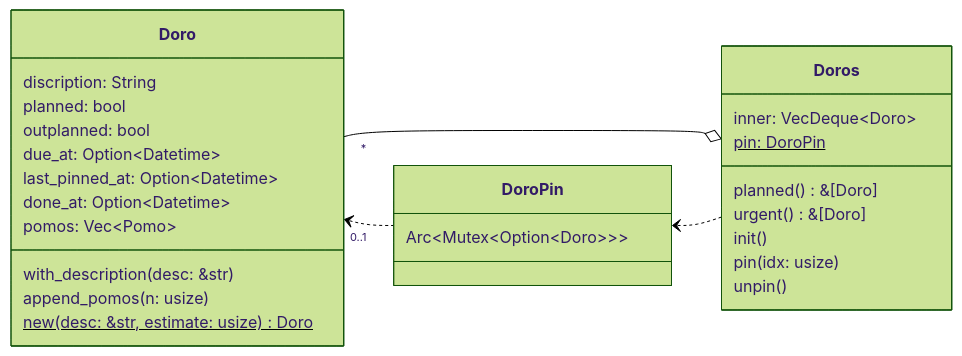
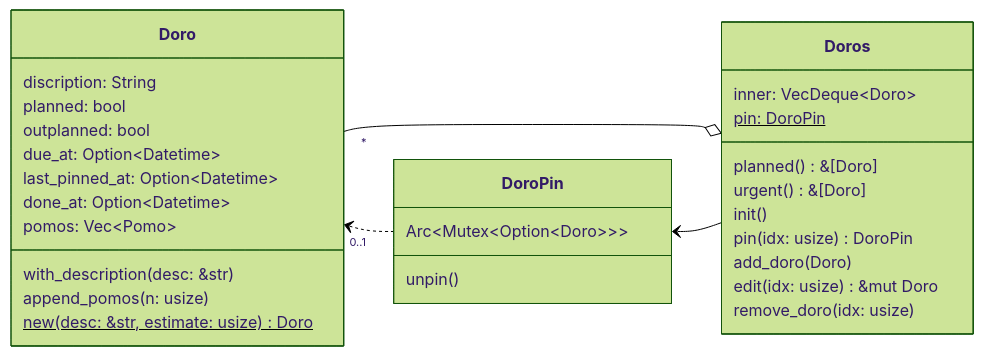
The second of 3 diagrams in src/pomo_doro/estimate-interuption.md (huangjj27/huangjj27.github.io), drawn with Mermaid (forest theme) before and after one commit. The commit also changed other lines of this file, not shown here.

````diff
--- a/src/pomo_doro/estimate-interuption.md
+++ b/src/pomo_doro/estimate-interuption.md
@@ -76,35 +76,38 @@
 ```mermaid
 classDiagram
     direction LR
 
     Doro "*" --o Doros
     Doro "0..1" <.. DoroPin
-    DoroPin <.. Doros
+    DoroPin <-- Doros
 
     class Doro {
         discription: String
         planned: bool
         outplanned: bool
         due_at: Option~Datetime~
         last_pinned_at: Option~Datetime~
         done_at: Option~Datetime~
         pomos: Vec~Pomo~
         with_description(desc: &str)
         append_pomos(n: usize)
         new(desc: &str, estimate: usize) Doro$
     }
 
     class Doros {
         inner: VecDeque~Doro~
         pin: DoroPin$
         planned() &[Doro]
         urgent() &[Doro]
         init()
-        pin(idx: usize)
-        unpin()
+        pin(idx: usize) DoroPin
+        add_doro(Doro)
+        edit(idx: usize) &mut Doro
+        remove_doro(idx: usize)
     }
 
     class DoroPin {
         Arc~Mutex~Option~Doro~~~
+        unpin()
     }
 ```
````
